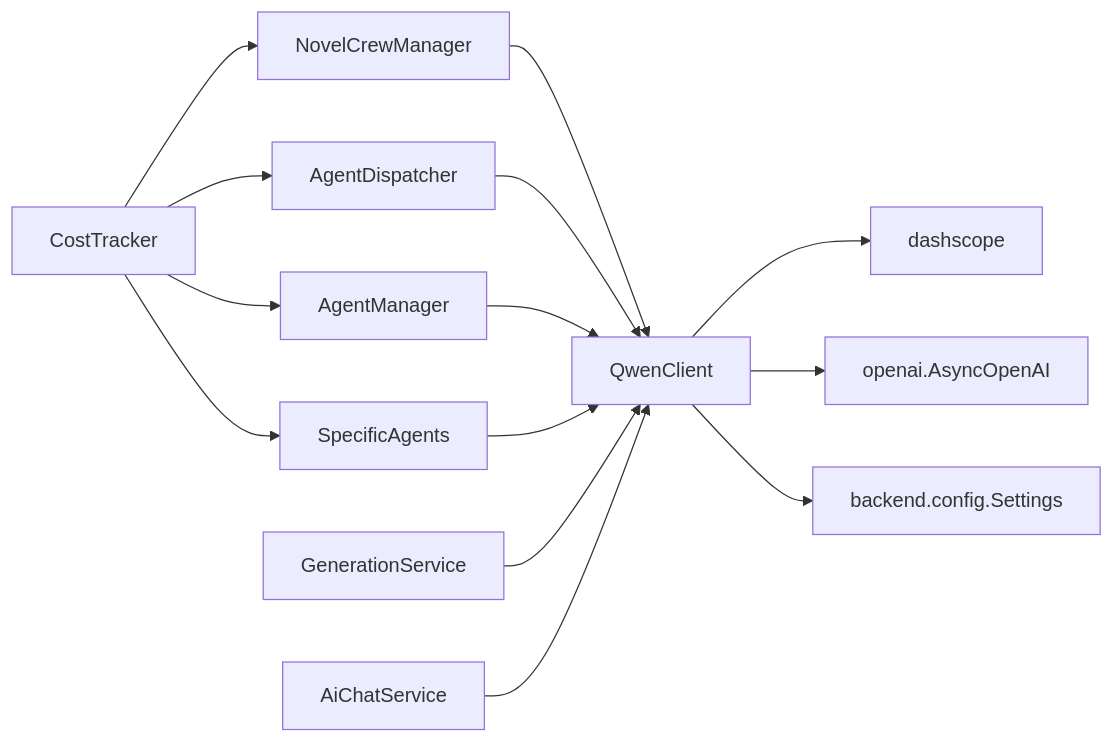
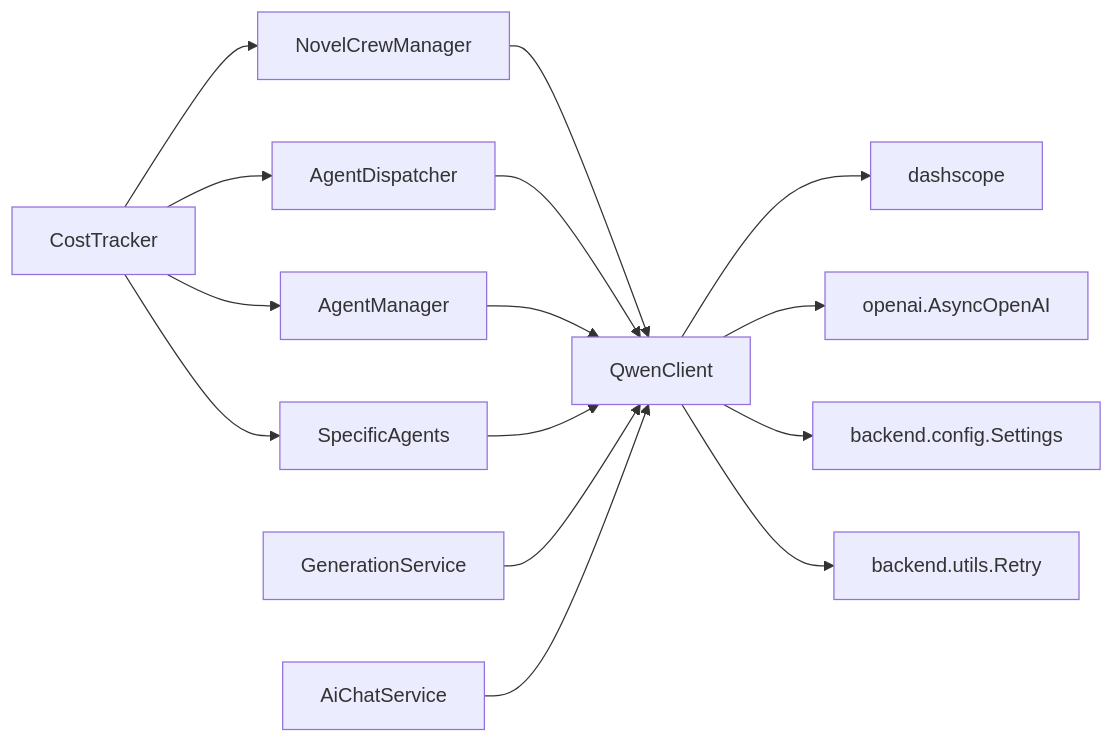
Before and after one commit to xfbyxq/ai-novel-system: the seventh of 7 diagrams in .qoder/repowiki/zh/content/LLM集成架构/LLM客户端封装.md, drawn with Mermaid. The commit also changed other lines of this file and 11 other files, not shown here.

````diff
--- a/.qoder/repowiki/zh/content/LLM集成架构/LLM客户端封装.md
+++ b/.qoder/repowiki/zh/content/LLM集成架构/LLM客户端封装.md
@@ -367,16 +389,17 @@
 ```mermaid
 graph LR
 QC["QwenClient"] --> DS["dashscope"]
 QC --> OA["openai.AsyncOpenAI"]
 QC --> CFG["backend.config.Settings"]
+QC --> RT["backend.utils.Retry"]
 CM["NovelCrewManager"] --> QC
 AD["AgentDispatcher"] --> QC
 AM["AgentManager"] --> QC
 SA["SpecificAgents"] --> QC
 GS["GenerationService"] --> QC
 ACS["AiChatService"] --> QC
 CT["CostTracker"] --> CM
 CT --> AD
 CT --> AM
 CT --> SA
 ```
````
